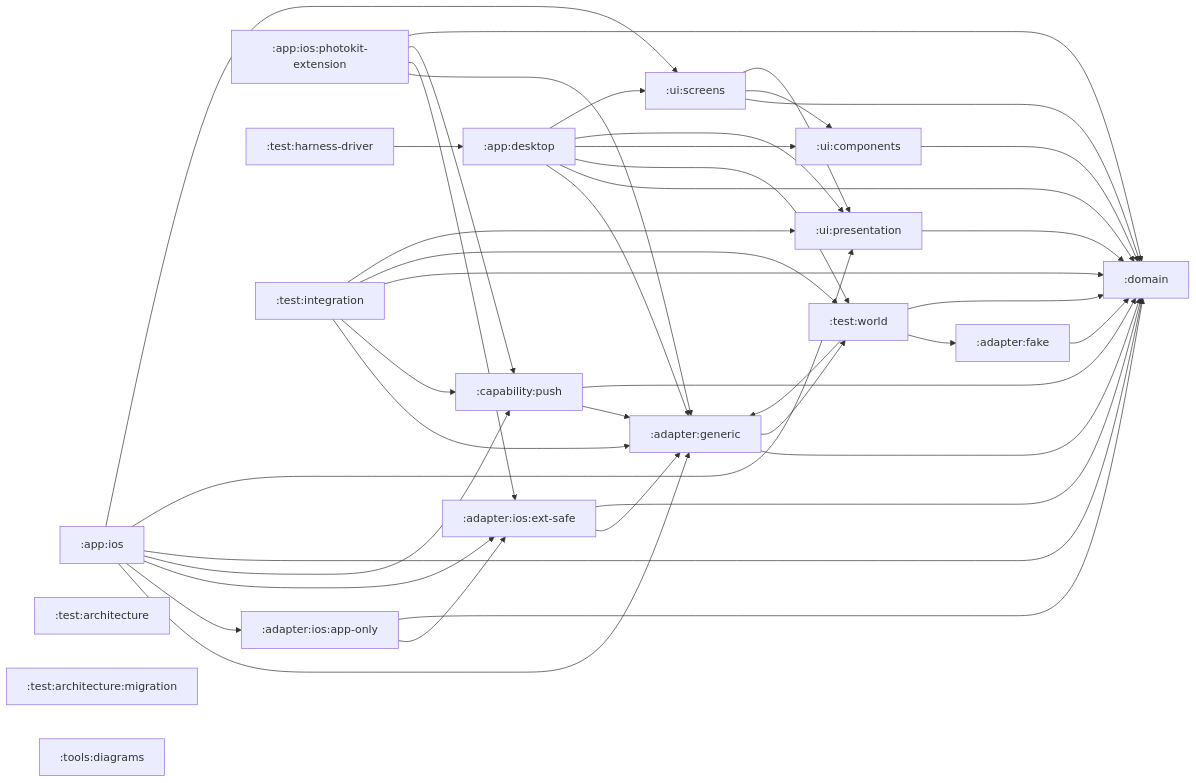
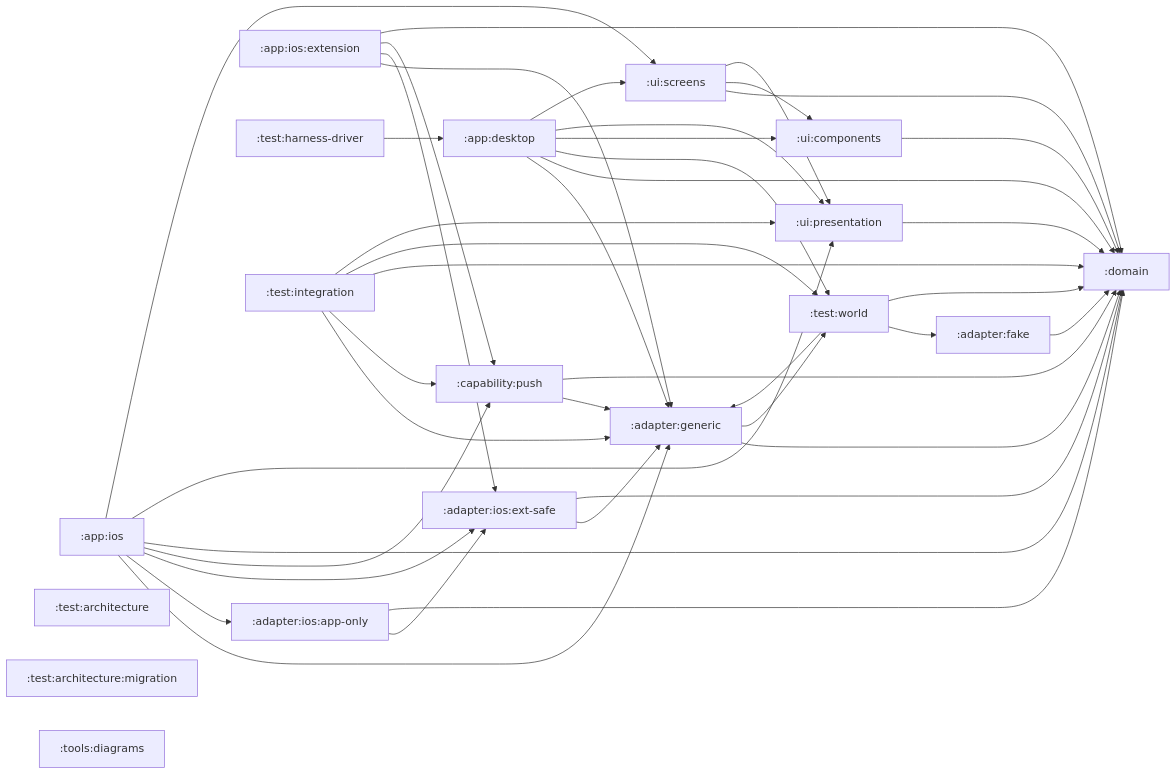
The diagram in architecture/modules.md (stefanhoelzl/SnapSync), drawn with Mermaid before and after one commit. The commit also changed 22 other files, not shown here.

First line of the commit message:
feat(architecture): migration step 13a — :app:ios:photokit-extension → :app:ios:extension

````diff
--- a/architecture/modules.md
+++ b/architecture/modules.md
@@ -7,61 +7,61 @@
 ```mermaid
 flowchart LR
   adapter_fake[":adapter:fake"]
   adapter_generic[":adapter:generic"]
   adapter_ios_app_only[":adapter:ios:app-only"]
   adapter_ios_ext_safe[":adapter:ios:ext-safe"]
   app_desktop[":app:desktop"]
   app_ios[":app:ios"]
-  app_ios_photokit_extension[":app:ios:photokit-extension"]
+  app_ios_extension[":app:ios:extension"]
   capability_push[":capability:push"]
   domain[":domain"]
   test_architecture[":test:architecture"]
   test_architecture_migration[":test:architecture:migration"]
   test_harness_driver[":test:harness-driver"]
   test_integration[":test:integration"]
   test_world[":test:world"]
   tools_diagrams[":tools:diagrams"]
   ui_components[":ui:components"]
   ui_presentation[":ui:presentation"]
   ui_screens[":ui:screens"]
   adapter_fake --> domain
   adapter_generic --> domain
   adapter_generic --> test_world
   adapter_ios_app_only --> adapter_ios_ext_safe
   adapter_ios_app_only --> domain
   adapter_ios_ext_safe --> adapter_generic
   adapter_ios_ext_safe --> domain
   app_desktop --> adapter_generic
   app_desktop --> domain
   app_desktop --> test_world
   app_desktop --> ui_components
   app_desktop --> ui_presentation
   app_desktop --> ui_screens
   app_ios --> adapter_generic
   app_ios --> adapter_ios_app_only
   app_ios --> adapter_ios_ext_safe
   app_ios --> capability_push
   app_ios --> domain
   app_ios --> ui_presentation
   app_ios --> ui_screens
-  app_ios_photokit_extension --> adapter_generic
-  app_ios_photokit_extension --> adapter_ios_ext_safe
-  app_ios_photokit_extension --> capability_push
-  app_ios_photokit_extension --> domain
+  app_ios_extension --> adapter_generic
+  app_ios_extension --> adapter_ios_ext_safe
+  app_ios_extension --> capability_push
+  app_ios_extension --> domain
   capability_push --> adapter_generic
   capability_push --> domain
   test_harness_driver --> app_desktop
   test_integration --> adapter_generic
   test_integration --> capability_push
   test_integration --> domain
   test_integration --> test_world
   test_integration --> ui_presentation
   test_world --> adapter_fake
   test_world --> adapter_generic
   test_world --> domain
   ui_components --> domain
   ui_presentation --> domain
   ui_screens --> domain
   ui_screens --> ui_components
   ui_screens --> ui_presentation
 ```
````
